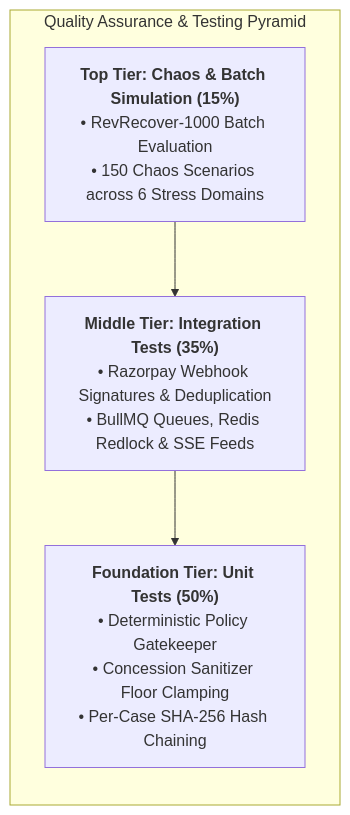
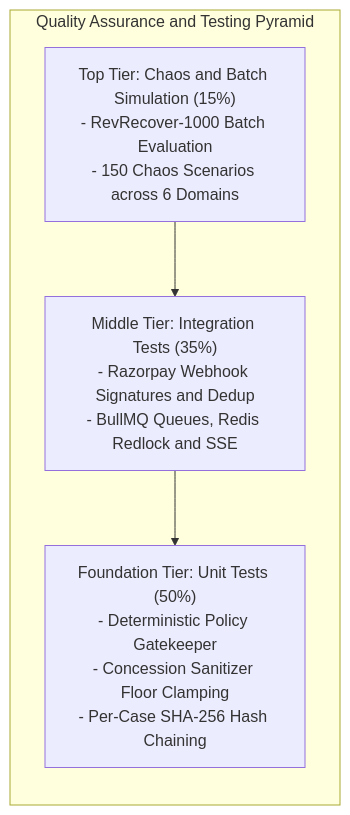
One commit to Adityaraj1969/Razorpay-Revenue-Recovery changed the diagram in docs/code_quality.md. Above: the diagram before and after it, drawn with Mermaid. The commit also changed 8 other files, not shown here.

Commit message:
fix(docs): format all Mermaid diagrams with strict GitHub-compliant quoted syntax and ASCII typography

````diff
--- a/docs/code_quality.md
+++ b/docs/code_quality.md
@@ -142,12 +142,12 @@
 ```mermaid
 flowchart TD
-    subgraph PYRAMID["Quality Assurance & Testing Pyramid"]
+    subgraph PYRAMID["Quality Assurance and Testing Pyramid"]
         direction TB
-        CHAOS["<b>Top Tier: Chaos & Batch Simulation (15%)</b><br/>• RevRecover-1000 Batch Evaluation<br/>• 150 Chaos Scenarios across 6 Stress Domains"]
-        INT["<b>Middle Tier: Integration Tests (35%)</b><br/>• Razorpay Webhook Signatures & Deduplication<br/>• BullMQ Queues, Redis Redlock & SSE Feeds"]
-        UNIT["<b>Foundation Tier: Unit Tests (50%)</b><br/>• Deterministic Policy Gatekeeper<br/>• Concession Sanitizer Floor Clamping<br/>• Per-Case SHA-256 Hash Chaining"]
+        CHAOS["Top Tier: Chaos and Batch Simulation (15%)<br/>- RevRecover-1000 Batch Evaluation<br/>- 150 Chaos Scenarios across 6 Domains"]
+        INT["Middle Tier: Integration Tests (35%)<br/>- Razorpay Webhook Signatures and Dedup<br/>- BullMQ Queues, Redis Redlock and SSE"]
+        UNIT["Foundation Tier: Unit Tests (50%)<br/>- Deterministic Policy Gatekeeper<br/>- Concession Sanitizer Floor Clamping<br/>- Per-Case SHA-256 Hash Chaining"]
         
         CHAOS --> INT
         INT --> UNIT
     end
 ```
````
